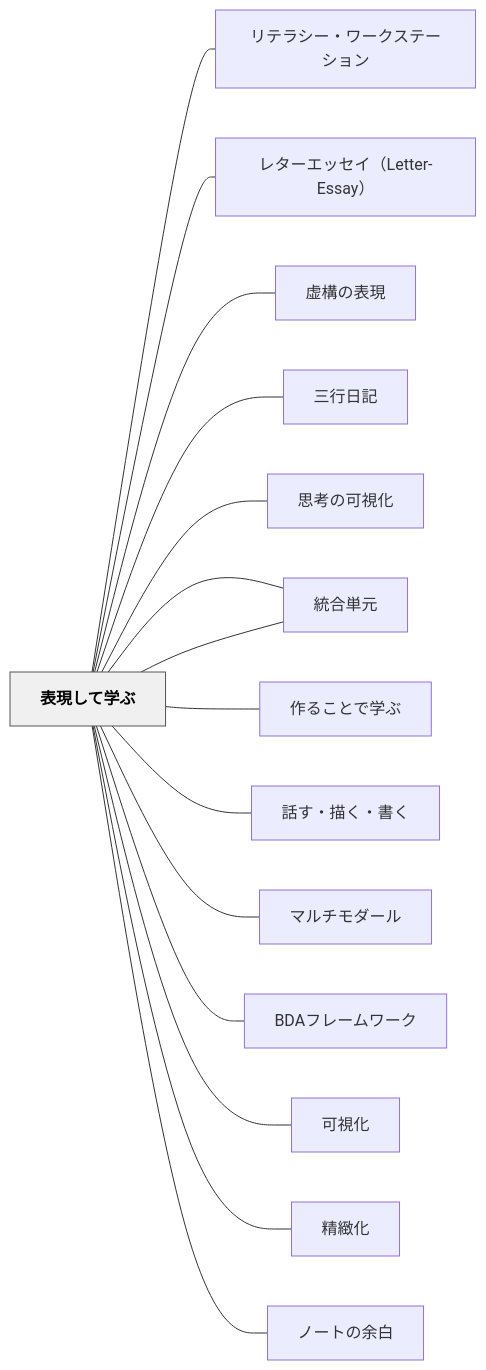
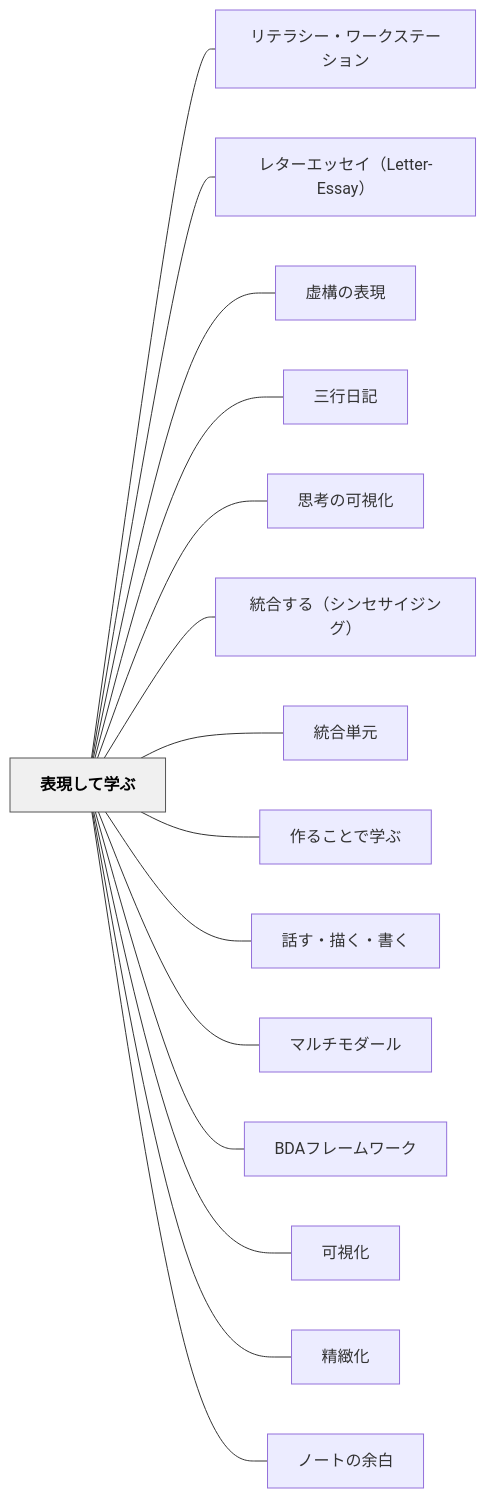
One commit to unknownthings-ed-patterns/unknownthings-ed-patterns changed the diagram in content/パタン/表現して学ぶ.md. Above: the diagram before and after it, drawn with Mermaid. The commit also changed 527 other files, not shown here.

````diff
--- a/content/パタン/表現して学ぶ.md
+++ b/content/パタン/表現して学ぶ.md
@@ -170,36 +170,36 @@
 ```mermaid
 flowchart LR
-    ne8a1a8e78fbe["表現して学ぶ"]
-    ne383aae38386["リテラシー・ワークステーション"]
-    ne383ace382bf["レターエッセイ（Letter-Essay）"]
-    ne8999ae6a78b["虚構の表現"]
-    ne4b889e8a18c["三行日記"]
-    ne6809de88083["思考の可視化"]
-    ne7b5b1e59088["統合する（シンセサイジング）"]
-    ne7b5b1e59088["統合単元"]
-    ne4bd9ce3828b["作ることで学ぶ"]
-    ne8a9b1e38199["話す・描く・書く"]
-    ne3839ee383ab["マルチモダール"]
-    n424441e38395["BDAフレームワーク"]
-    ne58fafe8a696["可視化"]
-    ne7b2bee7b7bb["精緻化"]
-    ne3838ee383bc["ノートの余白"]
+    ne8a1a8e78fbee38197e381a6e5ada6e381b6["表現して学ぶ"]
+    ne383aae38386e383a9e382b7e383bce383bbe383afe383bce382afe382b9e38386e383bce382b7e383a7e383b3["リテラシー・ワークステーション"]
+    ne383ace382bfe383bce382a8e38383e382bbe382a4efbc884c65747465722d4573736179efbc89["レターエッセイ（Letter-Essay）"]
+    ne8999ae6a78be381aee8a1a8e78fbe["虚構の表現"]
+    ne4b889e8a18ce697a5e8a898["三行日記"]
+    ne6809de88083e381aee58fafe8a696e58c96["思考の可視化"]
+    ne7b5b1e59088e38199e3828befbc88e382b7e383b3e382bbe382b5e382a4e382b8e383b3e382b0efbc89["統合する（シンセサイジング）"]
+    ne7b5b1e59088e58d98e58583["統合単元"]
+    ne4bd9ce3828be38193e381a8e381a7e5ada6e381b6["作ることで学ぶ"]
+    ne8a9b1e38199e383bbe68f8fe3818fe383bbe69bb8e3818f["話す・描く・書く"]
+    ne3839ee383abe38381e383a2e38380e383bce383ab["マルチモダール"]
+    n424441e38395e383ace383bce383a0e383afe383bce382af["BDAフレームワーク"]
+    ne58fafe8a696e58c96["可視化"]
+    ne7b2bee7b7bbe58c96["精緻化"]
+    ne3838ee383bce38388e381aee4bd99e799bd["ノートの余白"]
 
-    ne8a1a8e78fbe --- ne383aae38386
-    ne8a1a8e78fbe --- ne383ace382bf
-    ne8a1a8e78fbe --- ne8999ae6a78b
-    ne8a1a8e78fbe --- ne4b889e8a18c
-    ne8a1a8e78fbe --- ne6809de88083
-    ne8a1a8e78fbe --- ne7b5b1e59088
-    ne8a1a8e78fbe --- ne7b5b1e59088
-    ne8a1a8e78fbe --- ne4bd9ce3828b
-    ne8a1a8e78fbe --- ne8a9b1e38199
-    ne8a1a8e78fbe --- ne3839ee383ab
-    ne8a1a8e78fbe --- n424441e38395
-    ne8a1a8e78fbe --- ne58fafe8a696
-    ne8a1a8e78fbe --- ne7b2bee7b7bb
-    ne8a1a8e78fbe --- ne3838ee383bc
+    ne8a1a8e78fbee38197e381a6e5ada6e381b6 --- ne383aae38386e383a9e382b7e383bce383bbe383afe383bce382afe382b9e38386e383bce382b7e383a7e383b3
+    ne8a1a8e78fbee38197e381a6e5ada6e381b6 --- ne383ace382bfe383bce382a8e38383e382bbe382a4efbc884c65747465722d4573736179efbc89
+    ne8a1a8e78fbee38197e381a6e5ada6e381b6 --- ne8999ae6a78be381aee8a1a8e78fbe
+    ne8a1a8e78fbee38197e381a6e5ada6e381b6 --- ne4b889e8a18ce697a5e8a898
+    ne8a1a8e78fbee38197e381a6e5ada6e381b6 --- ne6809de88083e381aee58fafe8a696e58c96
+    ne8a1a8e78fbee38197e381a6e5ada6e381b6 --- ne7b5b1e59088e38199e3828befbc88e382b7e383b3e382bbe382b5e382a4e382b8e383b3e382b0efbc89
+    ne8a1a8e78fbee38197e381a6e5ada6e381b6 --- ne7b5b1e59088e58d98e58583
+    ne8a1a8e78fbee38197e381a6e5ada6e381b6 --- ne4bd9ce3828be38193e381a8e381a7e5ada6e381b6
+    ne8a1a8e78fbee38197e381a6e5ada6e381b6 --- ne8a9b1e38199e383bbe68f8fe3818fe383bbe69bb8e3818f
+    ne8a1a8e78fbee38197e381a6e5ada6e381b6 --- ne3839ee383abe38381e383a2e38380e383bce383ab
+    ne8a1a8e78fbee38197e381a6e5ada6e381b6 --- n424441e38395e383ace383bce383a0e383afe383bce382af
+    ne8a1a8e78fbee38197e381a6e5ada6e381b6 --- ne58fafe8a696e58c96
+    ne8a1a8e78fbee38197e381a6e5ada6e381b6 --- ne7b2bee7b7bbe58c96
+    ne8a1a8e78fbee38197e381a6e5ada6e381b6 --- ne3838ee383bce38388e381aee4bd99e799bd
 
     classDef hub fill:#f0f0f0,stroke:#555,color:#000,font-weight:bold
-    class ne8a1a8e78fbe hub
+    class ne8a1a8e78fbee38197e381a6e5ada6e381b6 hub
 ```
````
